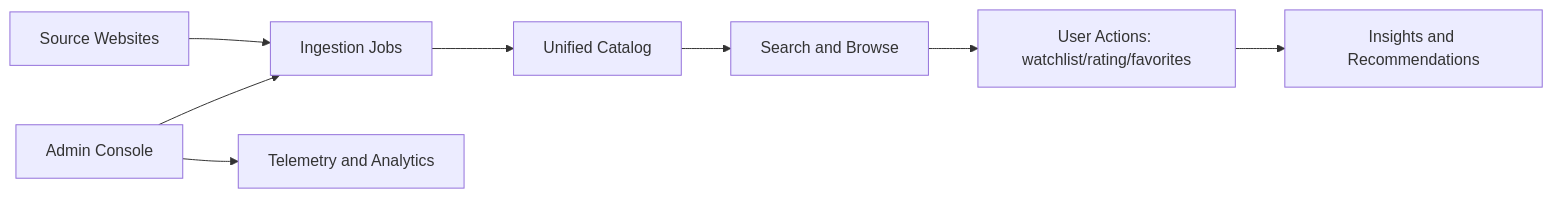
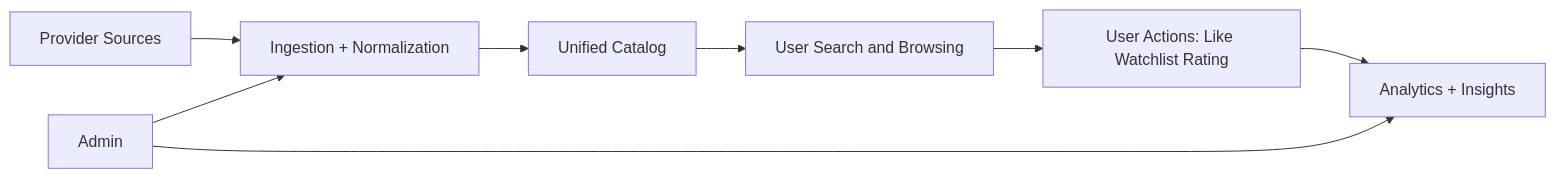
The diagram in docs/architecture/overview.md (jooservices/XCrawlerII), drawn with Mermaid before and after one commit. The commit also changed other lines of this file and 33 other files, not shown here.

````diff
--- a/docs/architecture/overview.md
+++ b/docs/architecture/overview.md
@@ -31,10 +30,10 @@
 ```mermaid
 flowchart LR
-A[Source Websites] --> B[Ingestion Jobs]
+A[Provider Sources] --> B[Ingestion + Normalization]
 B --> C[Unified Catalog]
-C --> D[Search and Browse]
-D --> E[User Actions: watchlist/rating/favorites]
-E --> F[Insights and Recommendations]
-G[Admin Console] --> B
-G --> H[Telemetry and Analytics]
+C --> D[User Search and Browsing]
+D --> E[User Actions: Like Watchlist Rating]
+E --> F[Analytics + Insights]
+G[Admin] --> B
+G --> F
 ```
````
